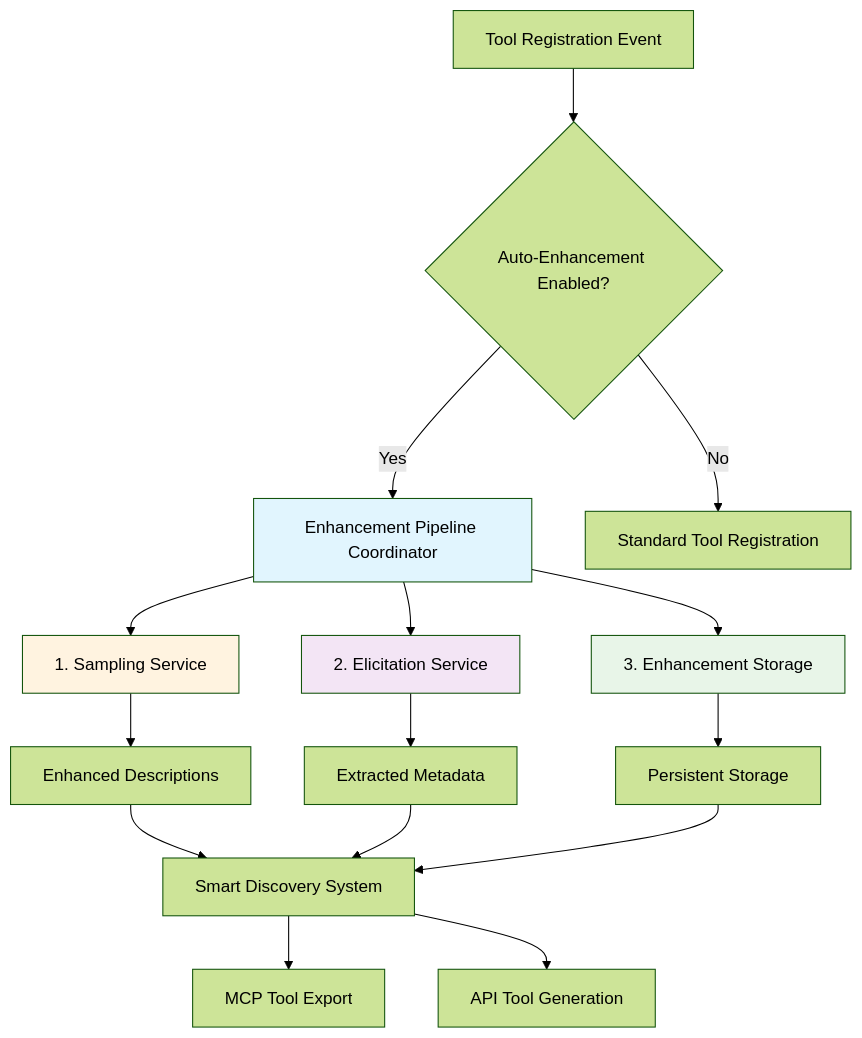
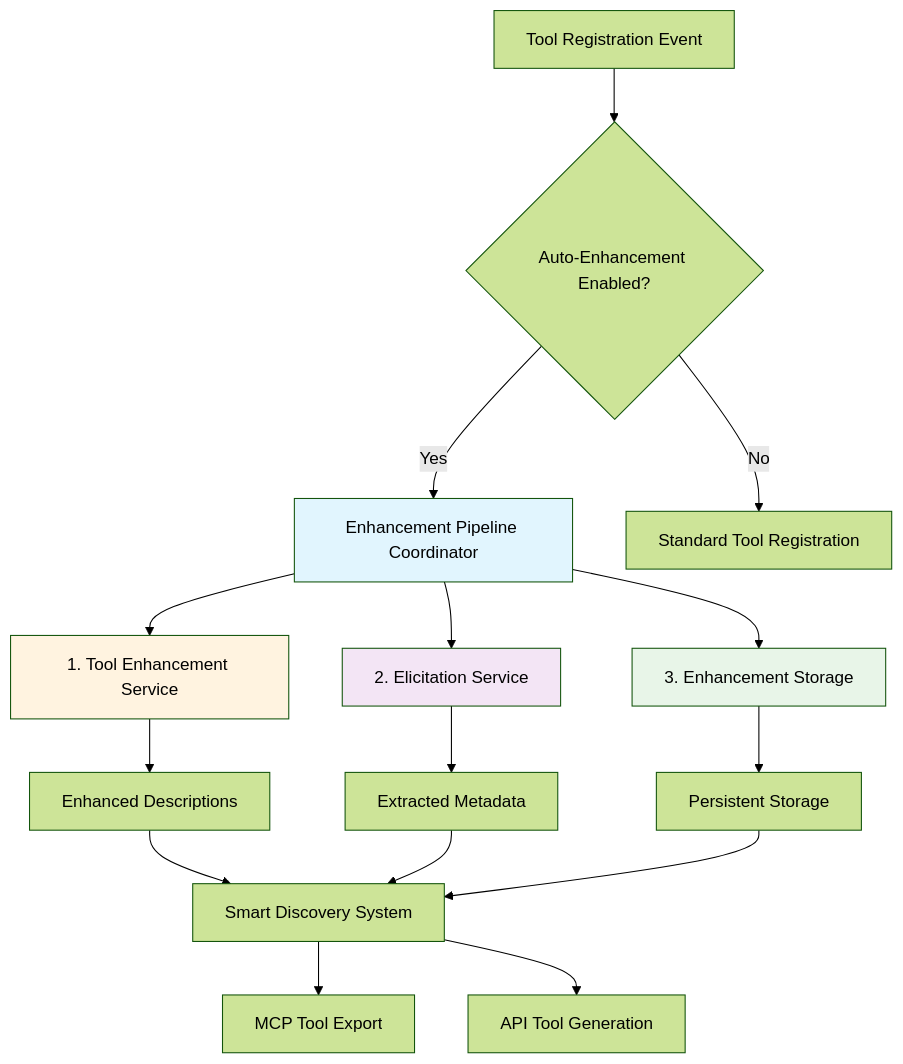
One commit to MagicBeansAI/magictunnel changed the first of 3 diagrams in docs/automatic-llm-generation-workflow.md. Above: the diagram before and after it, drawn with Mermaid (forest theme). The commit also changed other lines of this file and 69 other files, not shown here.

````diff
--- a/docs/automatic-llm-generation-workflow.md
+++ b/docs/automatic-llm-generation-workflow.md
@@ -11,26 +11,26 @@
 ```mermaid
 graph TB
     A[Tool Registration Event] --> B{Auto-Enhancement Enabled?}
     B -->|Yes| C[Enhancement Pipeline Coordinator]
     B -->|No| D[Standard Tool Registration]
     
-    C --> E[1. Sampling Service]
+    C --> E[1. Tool Enhancement Service]
     C --> F[2. Elicitation Service] 
     C --> G[3. Enhancement Storage]
     
     E --> H[Enhanced Descriptions]
     F --> I[Extracted Metadata]
     G --> J[Persistent Storage]
     
     H --> K[Smart Discovery System]
     I --> K
     J --> K
     
     K --> L[MCP Tool Export]
     K --> M[API Tool Generation]
     
     style C fill:#e1f5fe
     style E fill:#fff3e0
     style F fill:#f3e5f5
     style G fill:#e8f5e8
 ```
````
